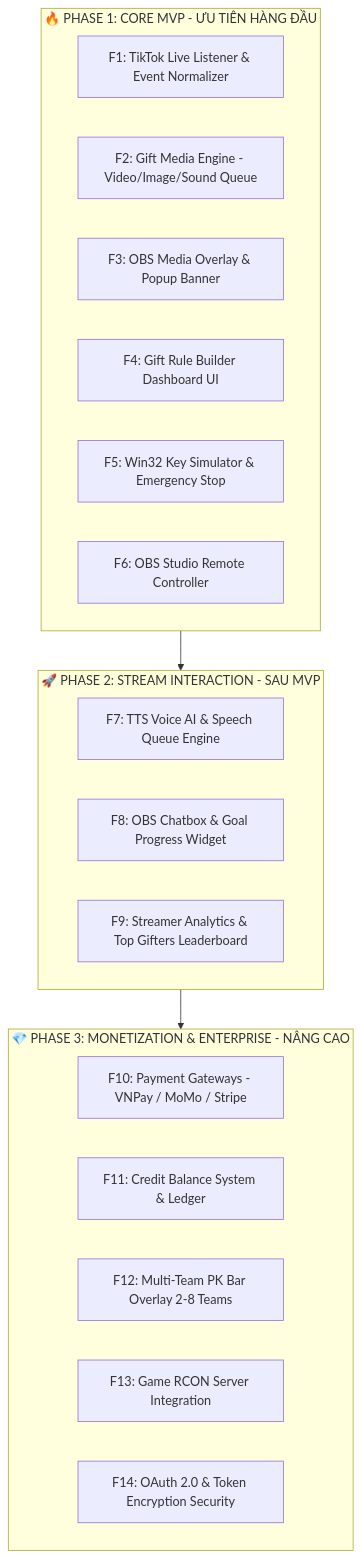
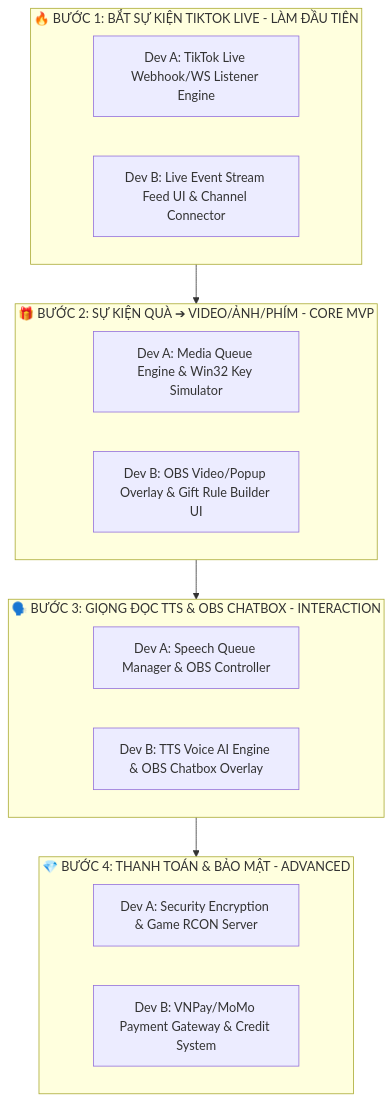
One commit to thydynh03/LiveNova changed the diagram in ROADMAP_AND_TASK_DIVISION.md. Above: the diagram before and after it, drawn with Mermaid. The commit also changed other lines of this file and 57 other files, not shown here.

````diff
--- a/ROADMAP_AND_TASK_DIVISION.md
+++ b/ROADMAP_AND_TASK_DIVISION.md
@@ -10,27 +12,24 @@
 ```mermaid
 graph TD
-    subgraph P1 [🔥 PHASE 1: CORE MVP - ƯU TIÊN HÀNG ĐẦU]
-        F1[F1: TikTok Live Listener & Event Normalizer]
-        F2[F2: Gift Media Engine - Video/Image/Sound Queue]
-        F3[F3: OBS Media Overlay & Popup Banner]
-        F4[F4: Gift Rule Builder Dashboard UI]
-        F5[F5: Win32 Key Simulator & Emergency Stop]
-        F6[F6: OBS Studio Remote Controller]
+    subgraph P0 [🔥 BƯỚC 1: BẮT SỰ KIỆN TIKTOK LIVE - LÀM ĐẦU TIÊN]
+        T0A[Dev A: TikTok Live Webhook/WS Listener Engine]
+        T0B[Dev B: Live Event Stream Feed UI & Channel Connector]
     end
 
-    subgraph P2 [🚀 PHASE 2: STREAM INTERACTION - SAU MVP]
-        F7[F7: TTS Voice AI & Speech Queue Engine]
-        F8[F8: OBS Chatbox & Goal Progress Widget]
-        F9[F9: Streamer Analytics & Top Gifters Leaderboard]
+    subgraph P1 [🎁 BƯỚC 2: SỰ KIỆN QUÀ ➔ VIDEO/ẢNH/PHÍM - CORE MVP]
+        T1A[Dev A: Media Queue Engine & Win32 Key Simulator]
+        T1B[Dev B: OBS Video/Popup Overlay & Gift Rule Builder UI]
     end
 
-    subgraph P3 [💎 PHASE 3: MONETIZATION & ENTERPRISE - NÂNG CAO]
-        F10[F10: Payment Gateways - VNPay / MoMo / Stripe]
-        F11[F11: Credit Balance System & Ledger]
-        F12[F12: Multi-Team PK Bar Overlay 2-8 Teams]
-        F13[F13: Game RCON Server Integration]
-        F14[F14: OAuth 2.0 & Token Encryption Security]
+    subgraph P2 [🗣️ BƯỚC 3: GIỌNG ĐỌC TTS & OBS CHATBOX - INTERACTION]
+        T2A[Dev A: Speech Queue Manager & OBS Controller]
+        T2B[Dev B: TTS Voice AI Engine & OBS Chatbox Overlay]
     end
 
-    P1 --> P2 --> P3
+    subgraph P3 [💎 BƯỚC 4: THANH TOÁN & BẢO MẬT - ADVANCED]
+        T3A[Dev A: Security Encryption & Game RCON Server]
+        T3B[Dev B: VNPay/MoMo Payment Gateway & Credit System]
+    end
+
+    P0 --> P1 --> P2 --> P3
 ```
````
